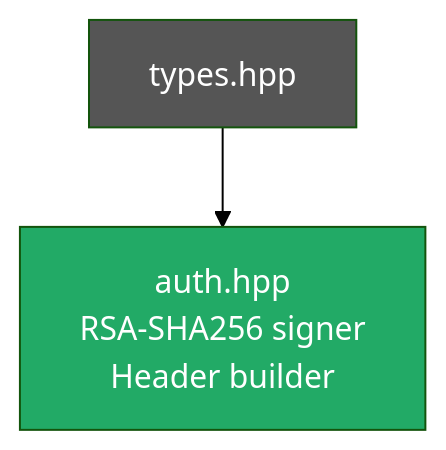
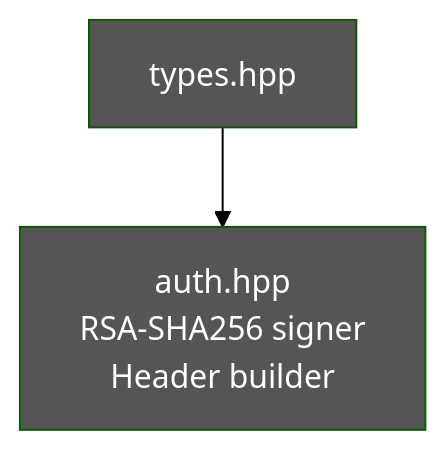
The third of 12 diagrams in PLAN.md (jfreun123/kalshi-market-maker), drawn with Mermaid (forest theme) before and after one commit. The commit also changed other lines of this file and 6 other files, not shown here.

````diff
--- a/PLAN.md
+++ b/PLAN.md
@@ -114,10 +114,10 @@
 ```mermaid
 graph TD
     T["types.hpp"]
     AUTH["auth.hpp\nRSA-SHA256 signer\nHeader builder"]
 
     T --> AUTH
 
     style T fill:#555,color:#fff
-    style AUTH fill:#2a6,color:#fff
+    style AUTH fill:#555,color:#fff
 ```
````
